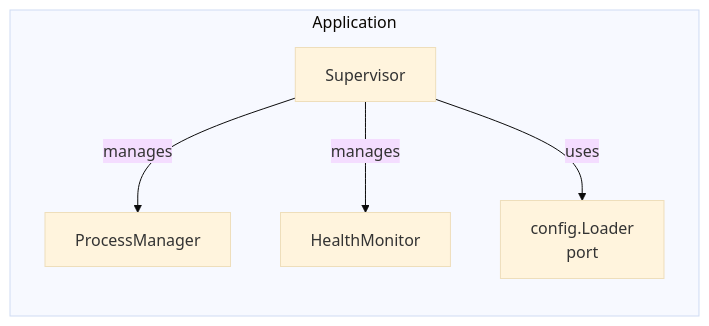
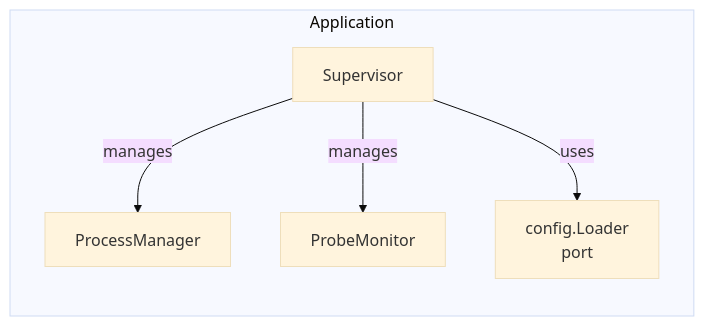
One commit to supervizio/daemon changed the first of 4 diagrams in docs/architecture.md. Above: the diagram before and after it, drawn with Mermaid (base theme). The commit also changed other lines of this file and 104 other files, not shown here.

First line of the commit message:
refactor(health): migrate to ports/adapters probe system (#20)

````diff
--- a/docs/architecture.md
+++ b/docs/architecture.md
@@ -95,13 +102,13 @@
 ```mermaid
 graph LR
     subgraph Application
         SUP[Supervisor]
         PM[ProcessManager]
-        HM[HealthMonitor]
+        PROBE[ProbeMonitor]
         CFG[config.Loader<br/>port]
     end
 
     SUP -->|manages| PM
-    SUP -->|manages| HM
+    SUP -->|manages| PROBE
     SUP -->|uses| CFG
 ```
````
